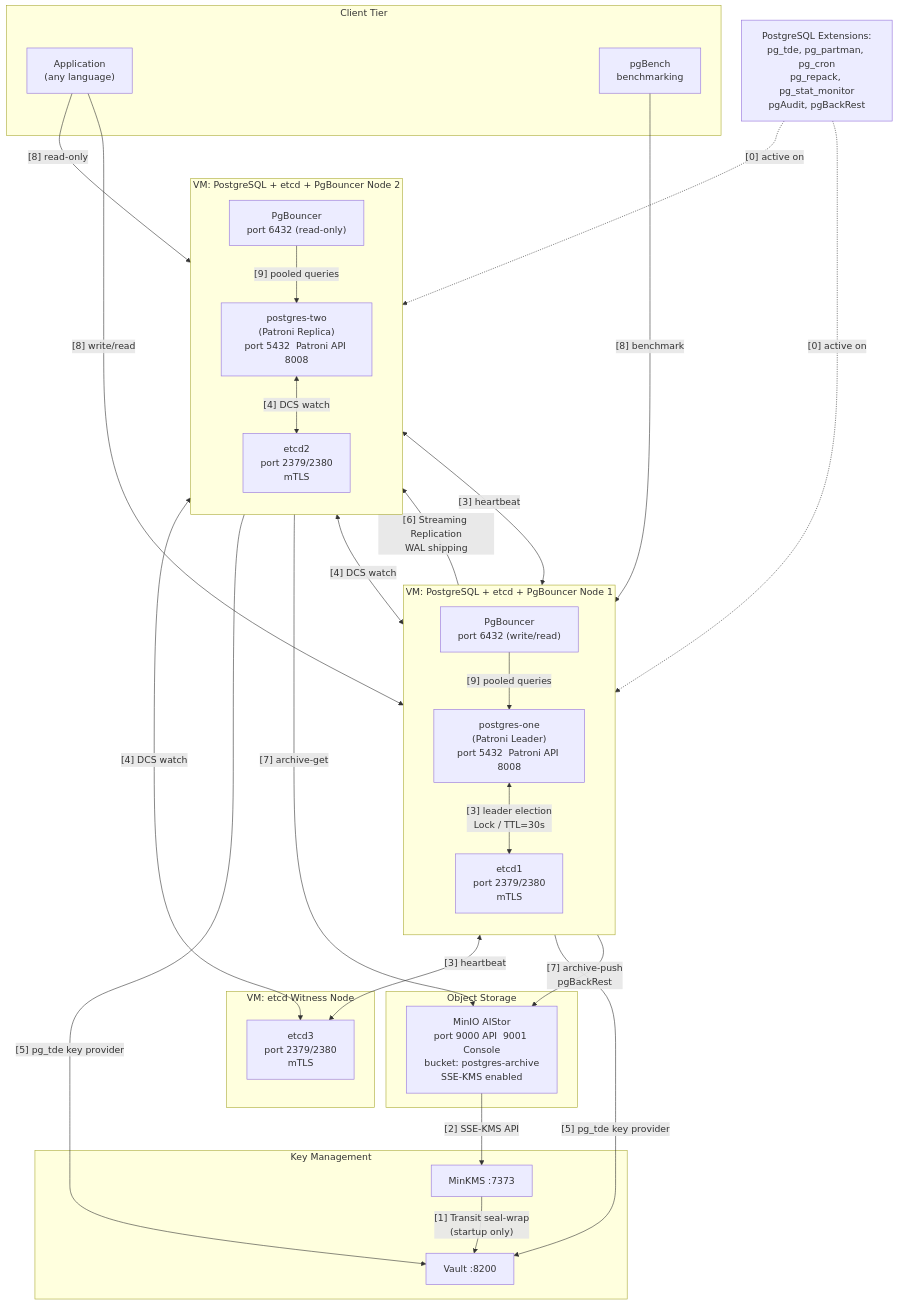
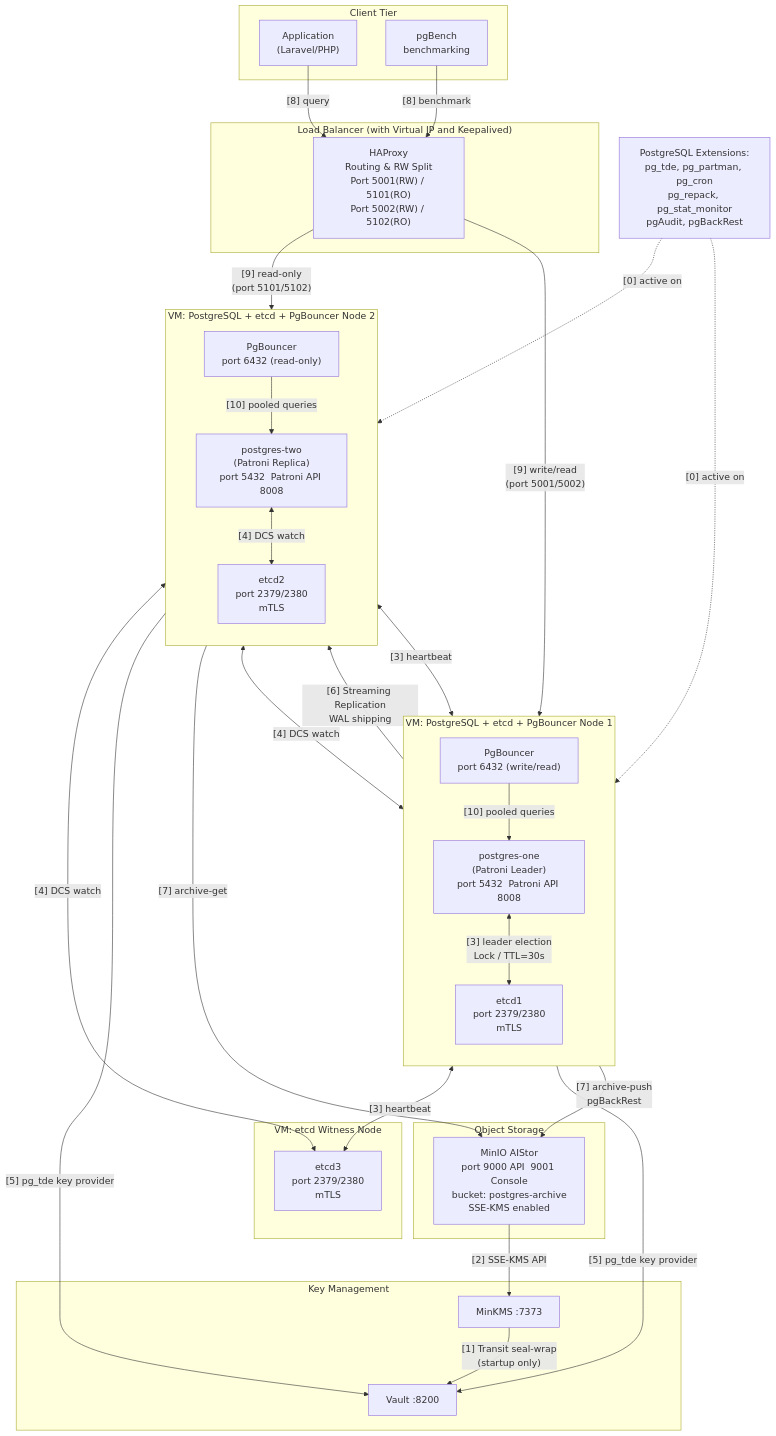
Before and after one commit to xdenistwn/patroni-postgres-tde: the diagram in docs/README.md, drawn with Mermaid. The commit also changed other lines of this file and 13 other files, not shown here.

````diff
--- a/docs/README.md
+++ b/docs/README.md
@@ -9,63 +9,68 @@
 ```mermaid
 graph TD
     subgraph "Client Tier"
-        APP["Application\n(any language)"]
+        APP["Application\n(Laravel/PHP)"]
         BENCH["pgBench\nbenchmarking"]
+    end
+
+    subgraph "Load Balancer (with Virtual IP and Keepalived)"
+        HAPROXY["HAProxy\nRouting & RW Split\nPort 5001(RW) / 5101(RO)\nPort 5002(RW) / 5102(RO)"]
     end
 
     subgraph "VM: PostgreSQL + etcd + PgBouncer Node 1"
         direction TB
         PGB1["PgBouncer\nport 6432  (write/read)"]
         PG1["postgres-one\n(Patroni Leader)\nport 5432  Patroni API 8008"]
         E1["etcd1\nport 2379/2380\nmTLS"]
     end
 
     subgraph "VM: PostgreSQL + etcd + PgBouncer Node 2"
         direction TB
         PGB2["PgBouncer\nport 6432  (read-only)"]
         PG2["postgres-two\n(Patroni Replica)\nport 5432  Patroni API 8008"]
         E2["etcd2\nport 2379/2380\nmTLS"]
     end
 
     subgraph "VM: etcd Witness Node"
         E3["etcd3\nport 2379/2380\nmTLS"]
     end
 
     PG1 -- "[6] Streaming Replication\nWAL shipping" --> PG2
 
     subgraph "Key Management"
         VAULT["Vault :8200"]
         MINKMS["MinKMS :7373"]
     end
 
     subgraph "Object Storage"
         MINIO["MinIO AIStor\nport 9000 API  9001 Console\nbucket: postgres-archive\nSSE-KMS enabled"]
     end
 
     EXT["PostgreSQL Extensions:\npg_tde, pg_partman, pg_cron\npg_repack, pg_stat_monitor\npgAudit, pgBackRest"]
 
-    APP -->|"[8] write/read"| PGB1
-    APP -->|"[8] read-only"| PGB2
-    BENCH -->|"[8] benchmark"| PGB1
-    PGB1 -->|"[9] pooled queries"| PG1
-    PGB2 -->|"[9] pooled queries"| PG2
+    APP -->|"[8] query"| HAPROXY
+    BENCH -->|"[8] benchmark"| HAPROXY
+    HAPROXY -->|"[9] write/read\n(port 5001/5002)"| PGB1
+    HAPROXY -->|"[9] read-only\n(port 5101/5102)"| PGB2
+    PGB1 -->|"[10] pooled queries"| PG1
+    PGB2 -->|"[10] pooled queries"| PG2
 
     PG1 <-->|"[3] leader election\nLock / TTL=30s"| E1
     PG1 <-->|"[3] heartbeat"| E2
     PG1 <-->|"[3] heartbeat"| E3
     PG2 <-->|"[4] DCS watch"| E1
     PG2 <-->|"[4] DCS watch"| E2
     PG2 <-->|"[4] DCS watch"| E3
 
     PG1 -->|"[5] pg_tde key provider"| VAULT
     PG2 -->|"[5] pg_tde key provider"| VAULT
 
     PG1 -->|"[7] archive-push\npgBackRest"| MINIO
     PG2 -->|"[7] archive-get"| MINIO
 
     MINIO -->|"[2] SSE-KMS API"| MINKMS
     MINKMS -->|"[1] Transit seal-wrap\n(startup only)"| VAULT
 
     EXT -.->|"[0] active on"| PG1
     EXT -.->|"[0] active on"| PG2
 ```
````
